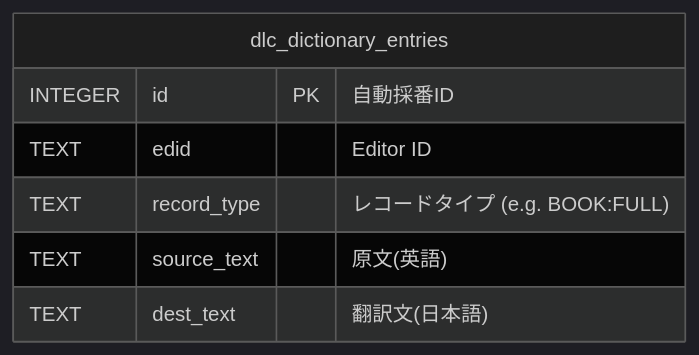
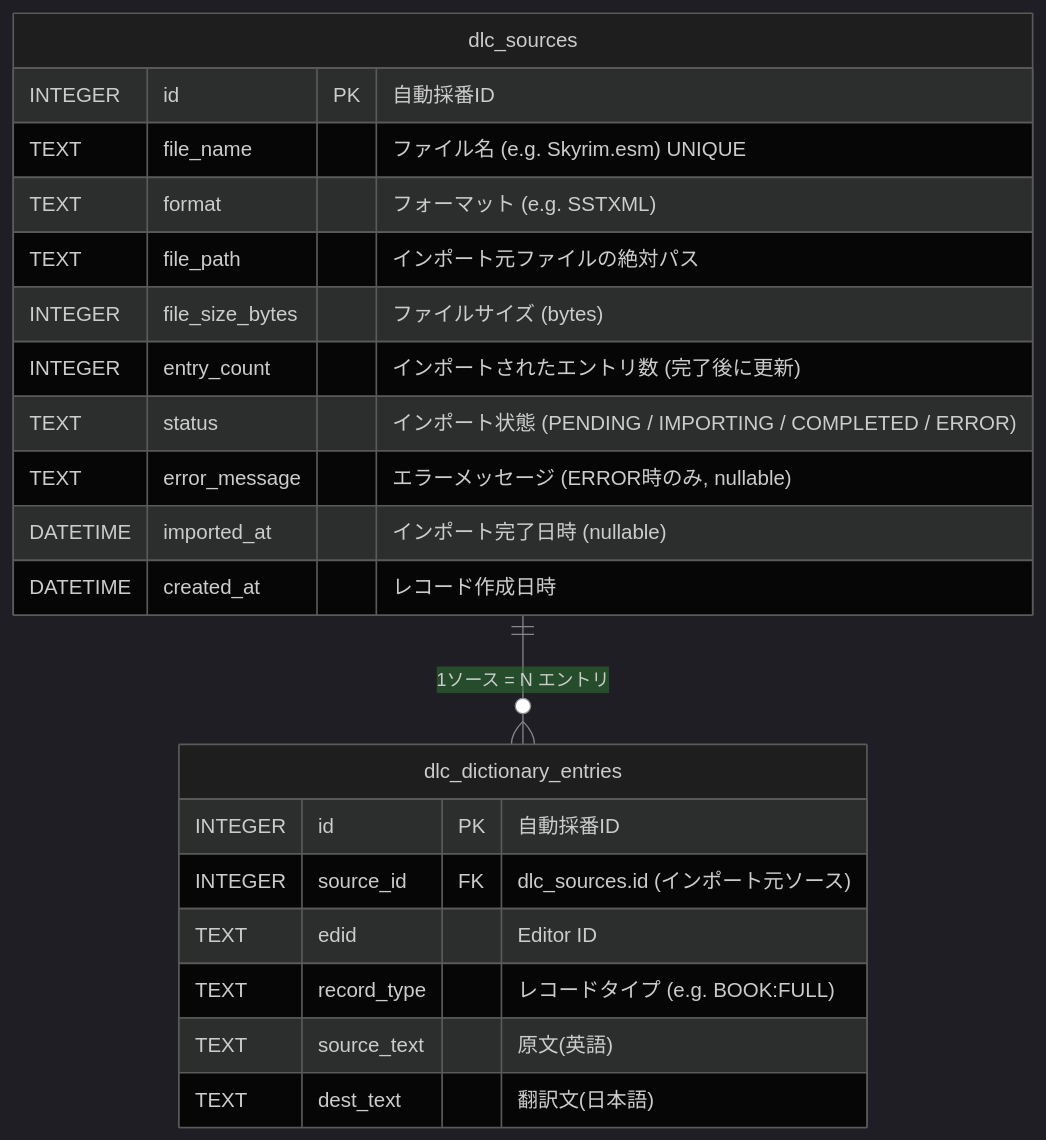
Before and after one commit to ishibata91/ai-translation-engine-2: the second of 8 diagrams in specs/database_erd.md, drawn with Mermaid. The commit also changed other lines of this file and 15 other files, not shown here.

````diff
--- a/specs/database_erd.md
+++ b/specs/database_erd.md
@@ -58,21 +58,37 @@
 ```mermaid
 %%{init: {'theme': 'dark', 'themeVariables': {
   'primaryColor': '#2b2b2b',
   'primaryTextColor': '#e0e0e0',
   'primaryBorderColor': '#4caf50',
   'lineColor': '#888888',
   'secondaryColor': '#1b5e20',
   'tertiaryColor': '#2e7d32',
   'mainBkg': '#1e1e1e',
   'nodeBorder': '#5a5a5a'
 }}}%%
 erDiagram
     %% Dictionary Slice
+    dlc_sources ||--o{ dlc_dictionary_entries : "1ソース = N エントリ"
+
+    dlc_sources {
+        INTEGER id PK "自動採番ID"
+        TEXT file_name "ファイル名 (e.g. Skyrim.esm) UNIQUE"
+        TEXT format "フォーマット (e.g. SSTXML)"
+        TEXT file_path "インポート元ファイルの絶対パス"
+        INTEGER file_size_bytes "ファイルサイズ (bytes)"
+        INTEGER entry_count "インポートされたエントリ数 (完了後に更新)"
+        TEXT status "インポート状態 (PENDING / IMPORTING / COMPLETED / ERROR)"
+        TEXT error_message "エラーメッセージ (ERROR時のみ, nullable)"
+        DATETIME imported_at "インポート完了日時 (nullable)"
+        DATETIME created_at "レコード作成日時"
+    }
+
     dlc_dictionary_entries {
         INTEGER id PK "自動採番ID"
+        INTEGER source_id FK "dlc_sources.id (インポート元ソース)"
         TEXT edid "Editor ID"
         TEXT record_type "レコードタイプ (e.g. BOOK:FULL)"
         TEXT source_text "原文(英語)"
         TEXT dest_text "翻訳文(日本語)"
     }
 ```
````
